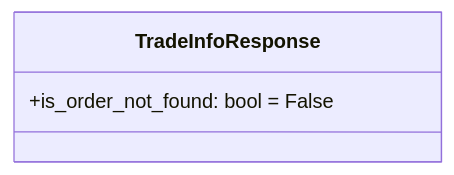
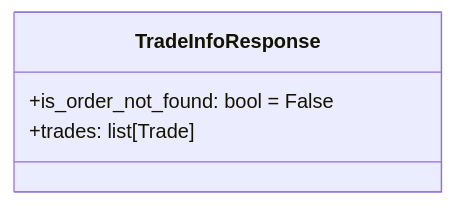
The seventh of 15 diagrams in packages/financial-assets/financial_assets/response/Architecture.md (gatesplan/python-toolbox), drawn with Mermaid before and after one commit. The commit also changed other lines of this file and 5 other files, not shown here.

````diff
--- a/packages/financial-assets/financial_assets/response/Architecture.md
+++ b/packages/financial-assets/financial_assets/response/Architecture.md
@@ -265,6 +265,7 @@
 ```mermaid
 classDiagram
     class TradeInfoResponse {
         +is_order_not_found: bool = False
+        +trades: list[Trade]
     }
 ```
````
